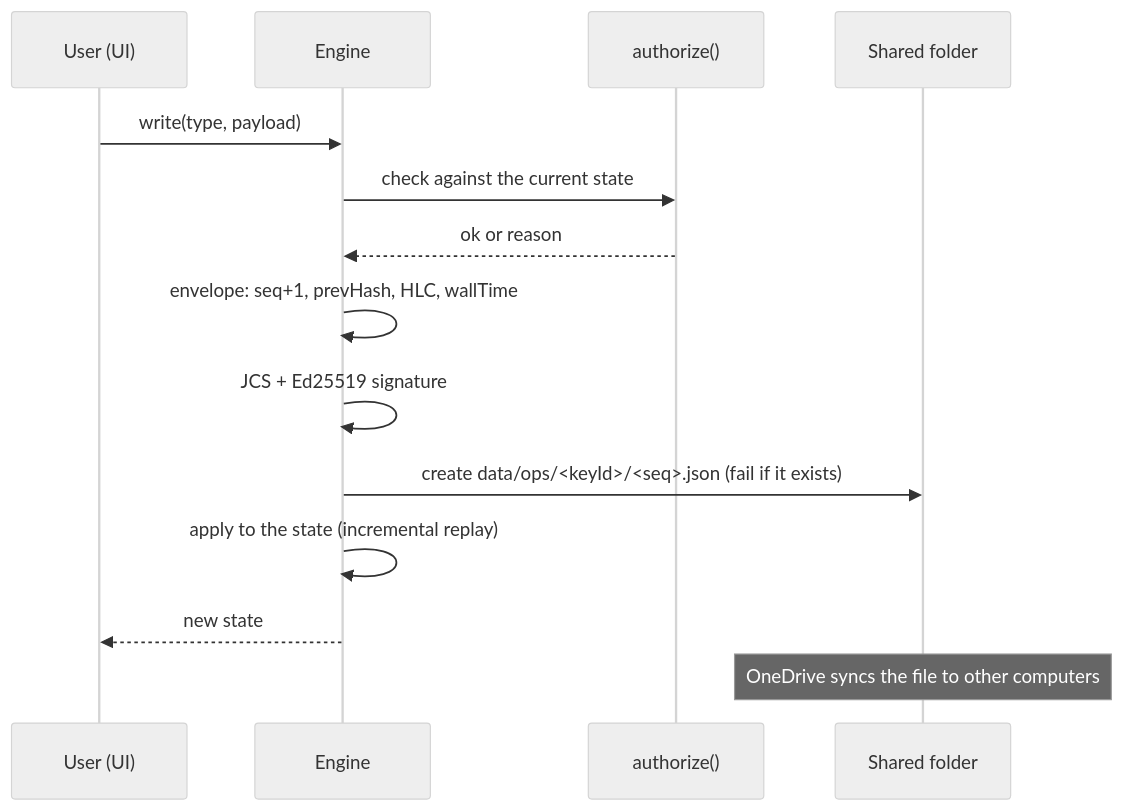
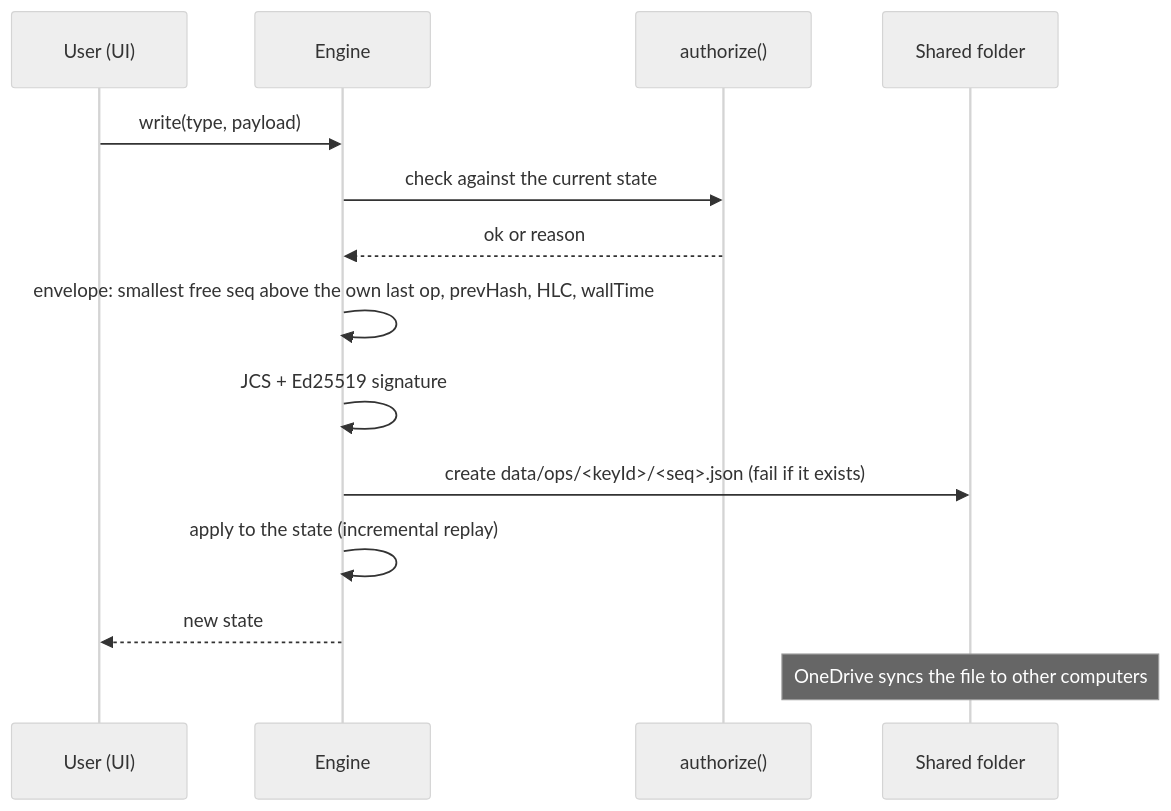
One commit to lczerner/mytasker changed the third of 5 diagrams in docs/architecture.md. Above: the diagram before and after it, drawn with Mermaid (neutral theme). The commit also changed other lines of this file and 33 other files, not shown here.

````diff
--- a/docs/architecture.md
+++ b/docs/architecture.md
@@ -100,16 +100,16 @@
 ```mermaid
 sequenceDiagram
   participant U as User (UI)
   participant E as Engine
   participant A as authorize()
   participant F as Shared folder
   U->>E: write(type, payload)
   E->>A: check against the current state
   A-->>E: ok or reason
-  E->>E: envelope: seq+1, prevHash, HLC, wallTime
+  E->>E: envelope: smallest free seq above the own last op, prevHash, HLC, wallTime
   E->>E: JCS + Ed25519 signature
   E->>F: create data/ops/<keyId>/<seq>.json (fail if it exists)
   E->>E: apply to the state (incremental replay)
   E-->>U: new state
   Note over F: OneDrive syncs the file to other computers
 ```
````
